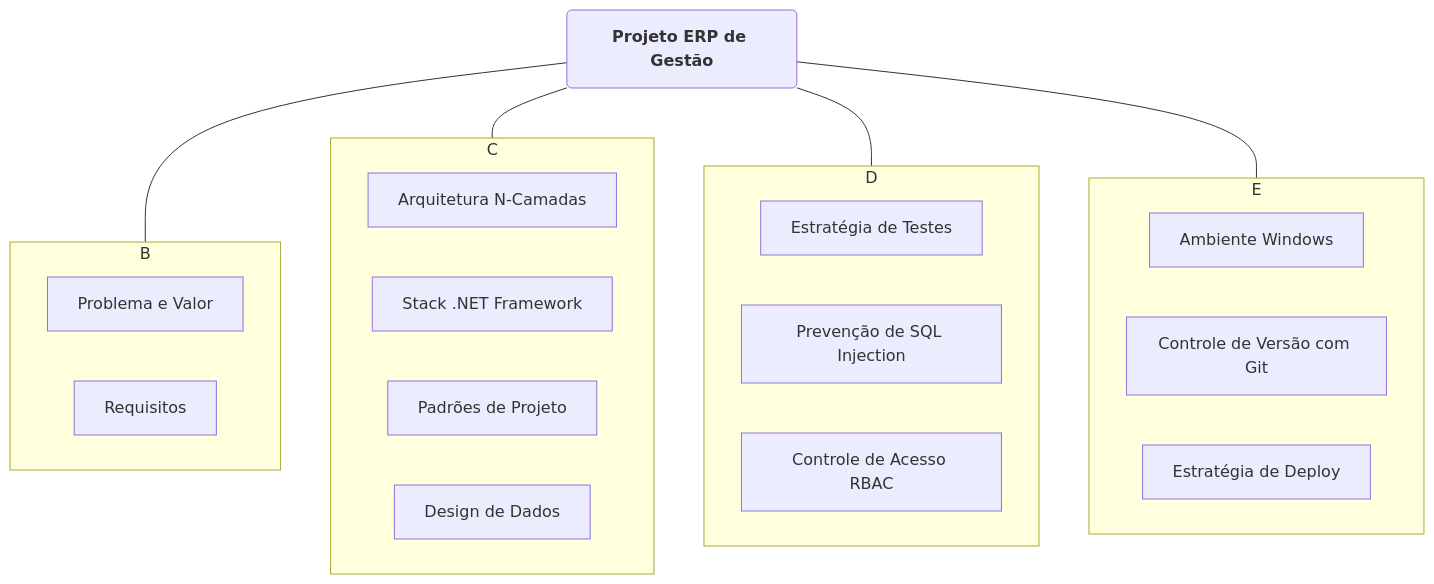
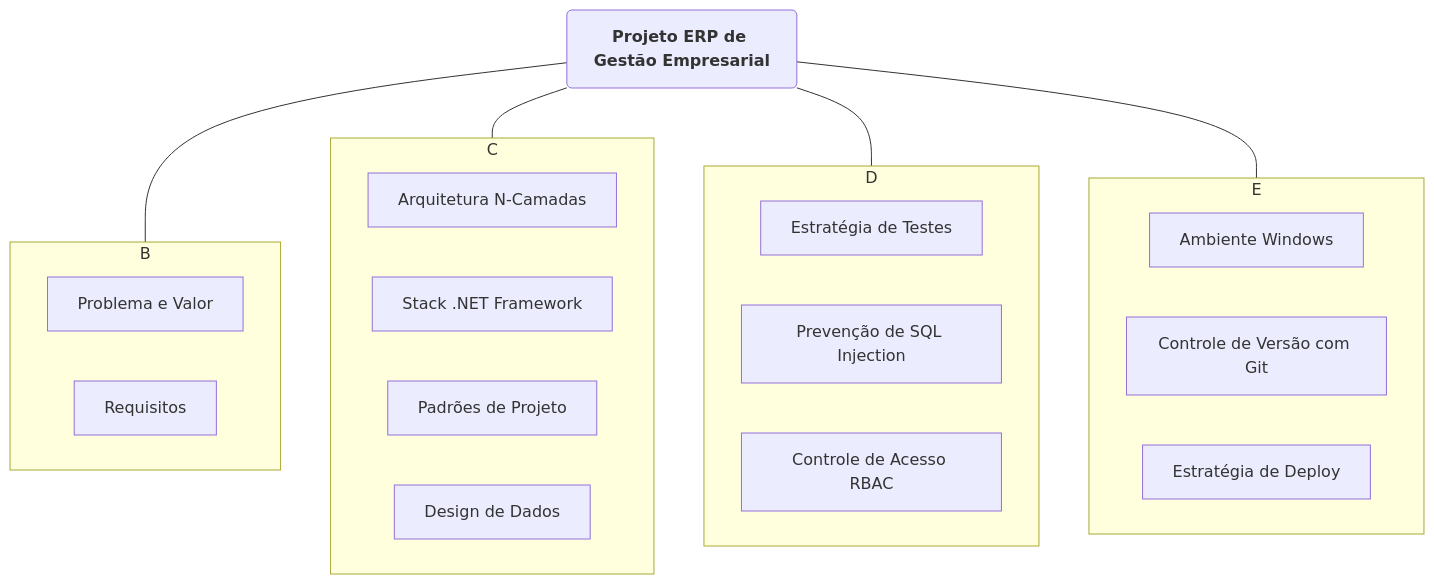
The first of 3 diagrams in README.md (Naasso/Sistema-de-Gest-o-Empresarial-Full-Stack), drawn with Mermaid before and after one commit.

````diff
--- a/README.md
+++ b/README.md
@@ -42,31 +42,31 @@
 ```mermaid
 graph TD
-    A("<b>Projeto ERP de Gestão</b>") --- B["1. Visão e Escopo"];
+    A("<b>Projeto ERP de Gestão Empresarial</b>") --- B["1. Visão e Escopo"];
     A --- C["2. Arquitetura e Design"];
     A --- D["3. Qualidade e Segurança"];
     A --- E["4. Infra e Deploy"];
 
     subgraph B
         B1["Problema e Valor"];
         B2["Requisitos"];
     end
 
     subgraph C
         C1["Arquitetura N-Camadas"];
         C2["Stack .NET Framework"];
         C3["Padrões de Projeto"];
         C4["Design de Dados"];
     end
     
     subgraph D
         D1["Estratégia de Testes"];
         D2["Prevenção de SQL Injection"];
         D3["Controle de Acesso RBAC"];
     end
 
     subgraph E
         E1["Ambiente Windows"];
         E2["Controle de Versão com Git"];
         E3["Estratégia de Deploy"];
     end
 ```
````
